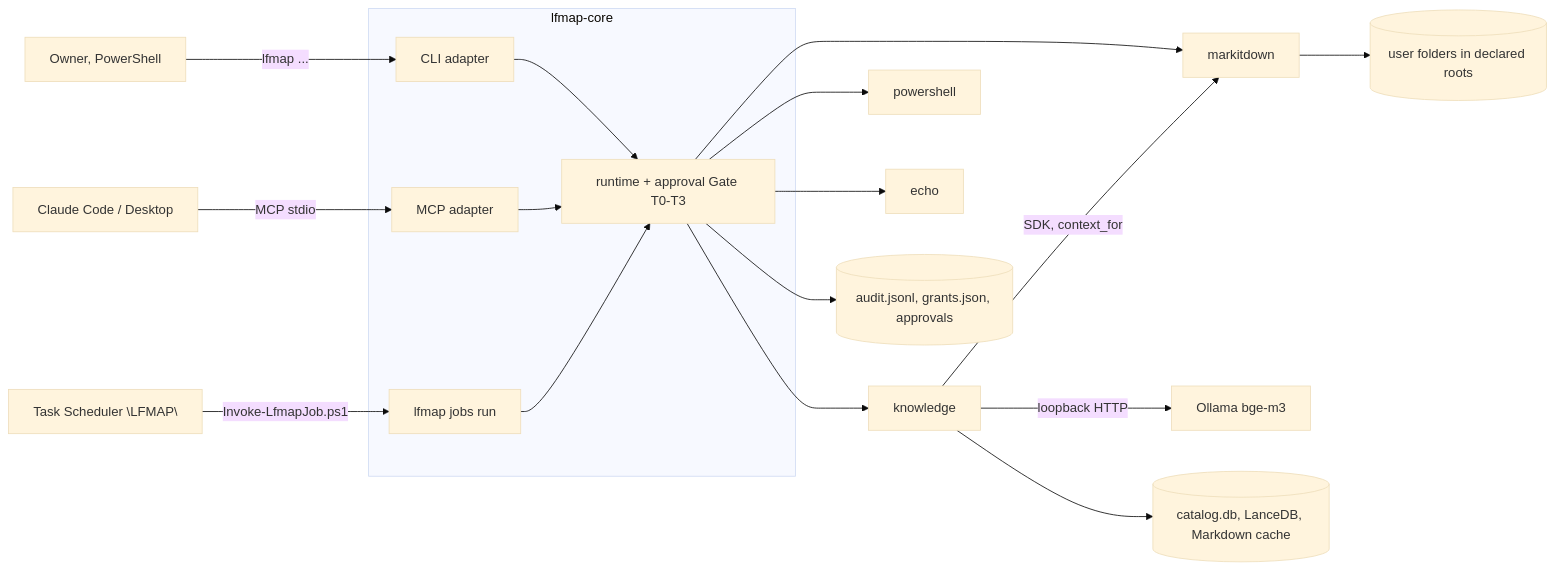
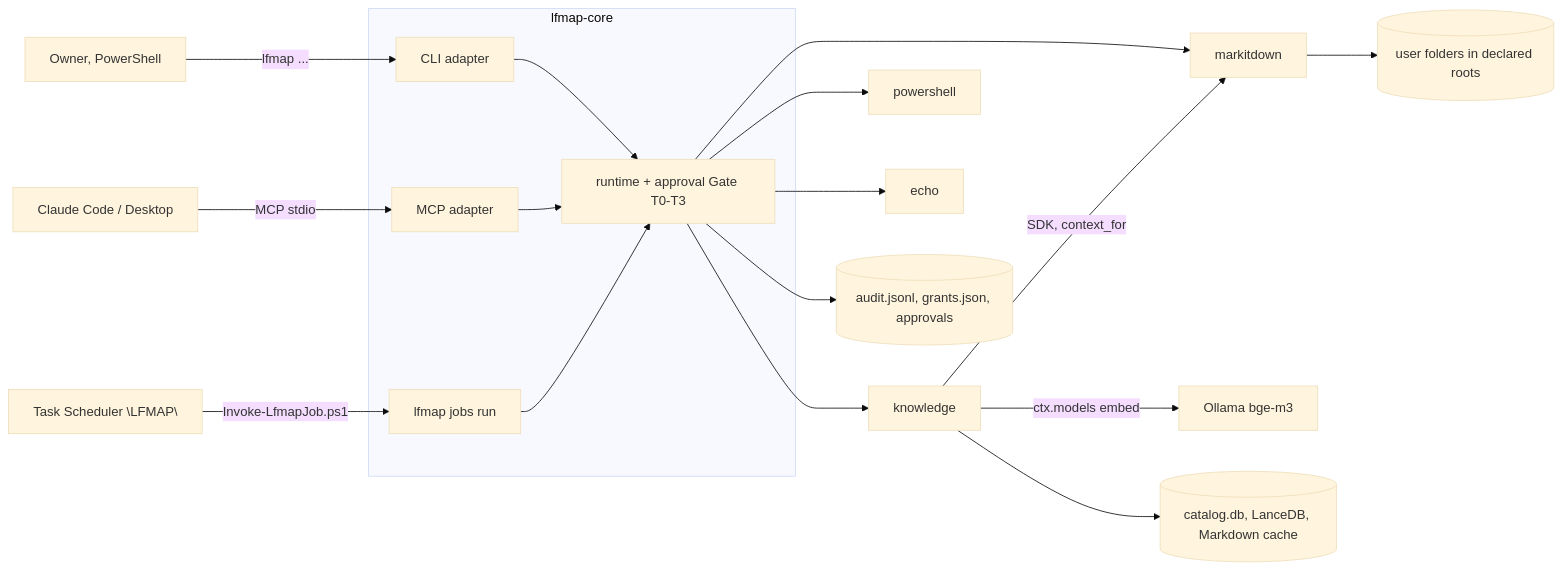
Before and after one commit to hungnp1999/lfmap: the diagram in ARCHITECTURE.md, drawn with Mermaid (base theme). The commit also changed other lines of this file and 9 other files, not shown here.

First line of the commit message:
feat(knowledge): embed through ctx.models, remove OllamaEmbedder (#250)

````diff
--- a/ARCHITECTURE.md
+++ b/ARCHITECTURE.md
@@ -9,20 +9,20 @@
 ```mermaid
 flowchart LR
   U[Owner, PowerShell] -->|lfmap ...| CLI
   C[Claude Code / Desktop] -->|MCP stdio| MCP
   TS[Task Scheduler \LFMAP\] -->|Invoke-LfmapJob.ps1| JOB
   subgraph core [lfmap-core]
     CLI[CLI adapter] --> RT[runtime + approval Gate T0-T3]
     MCP[MCP adapter] --> RT
     JOB[lfmap jobs run] --> RT
   end
   RT --> MD[markitdown]
   RT --> KN[knowledge]
   RT --> PS[powershell]
   RT --> EC[echo]
   KN -->|SDK, context_for| MD
-  KN -->|loopback HTTP| OL[Ollama bge-m3]
+  KN -->|ctx.models embed| OL[Ollama bge-m3]
   KN --> DB[(catalog.db, LanceDB, Markdown cache)]
   RT --> AUD[(audit.jsonl, grants.json, approvals)]
   MD --> FS[(user folders in declared roots)]
 ```
````
